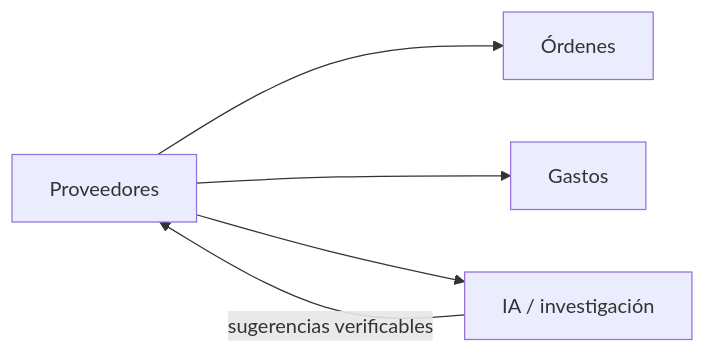
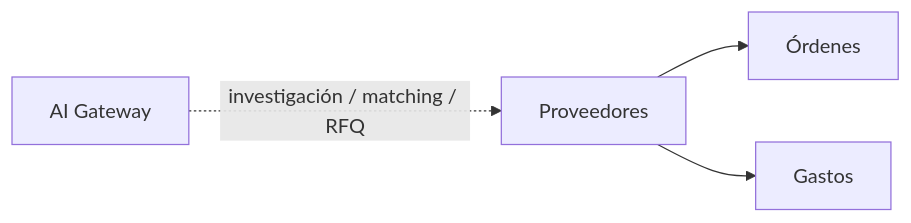
The diagram in bluehost/backend/app/Modules/Suppliers/LINEAMIENTOS.md (Ahcast/Bastion), drawn with Mermaid before and after one commit. The commit also changed other lines of this file, not shown here.

````diff
--- a/bluehost/backend/app/Modules/Suppliers/LINEAMIENTOS.md
+++ b/bluehost/backend/app/Modules/Suppliers/LINEAMIENTOS.md
@@ -80,7 +80,6 @@
 ```mermaid
 flowchart LR
     S[Proveedores] --> O[Órdenes]
     S --> G[Gastos]
-    S --> AI[IA / investigación]
-    AI -->|sugerencias verificables| S
+    AI[AI Gateway] -. investigación / matching / RFQ .-> S
 ```
````
